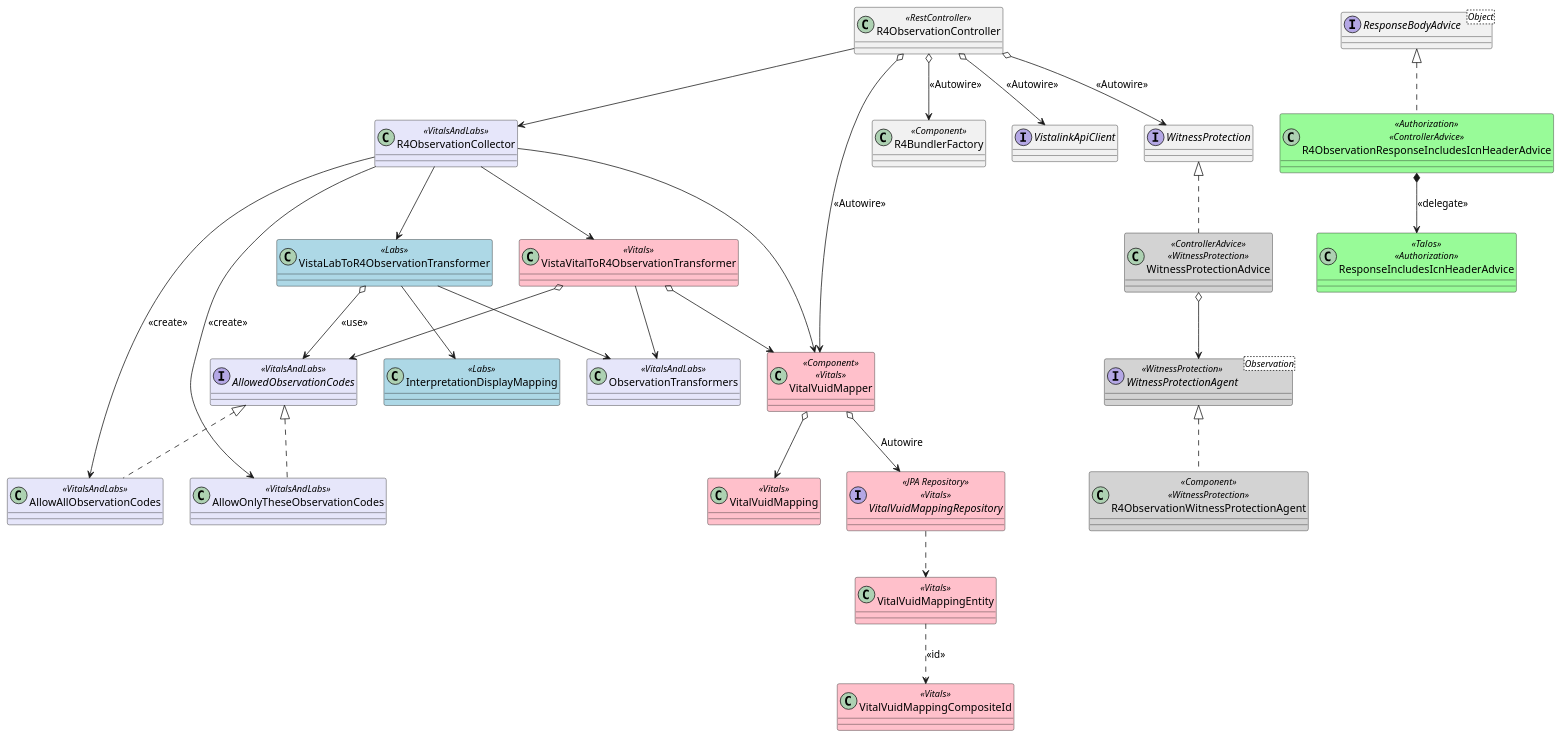
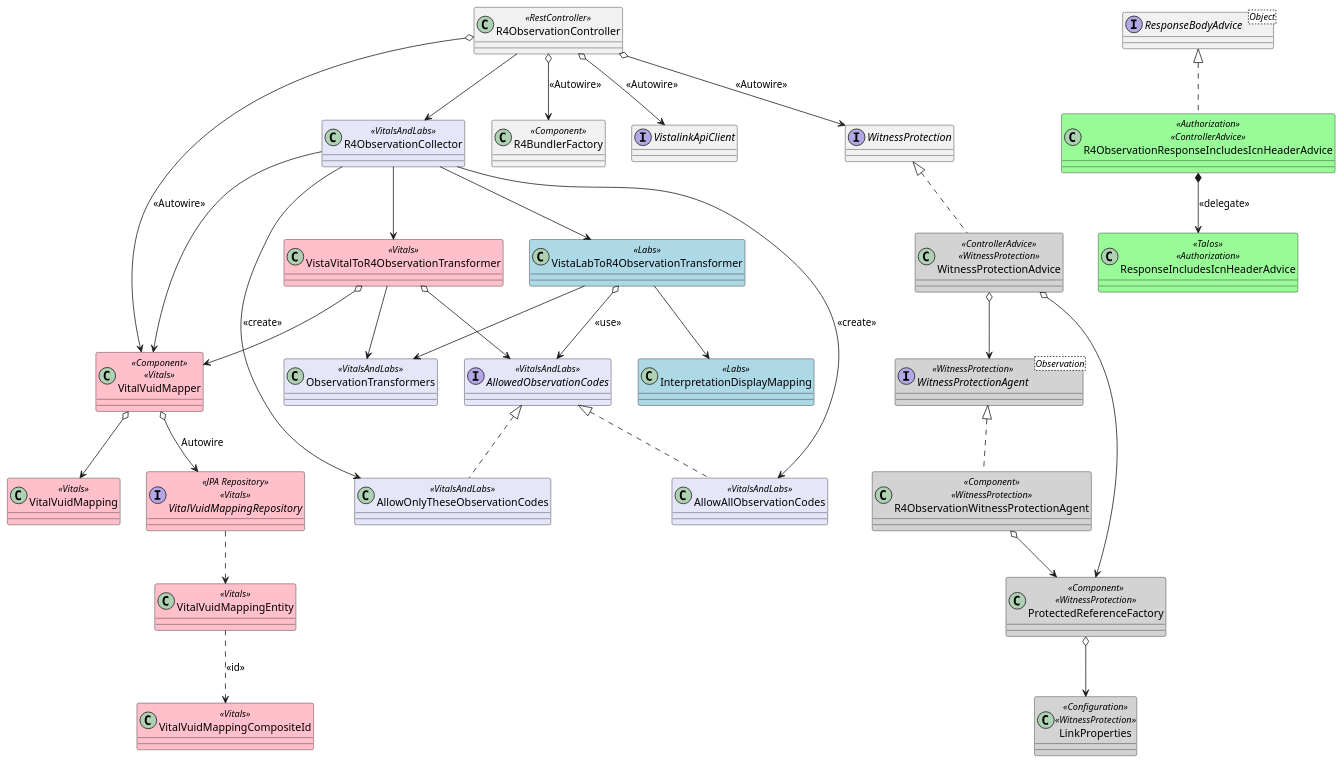
One commit to tnguyen-va/health-apis-vista-fhir-query changed the diagram in vista-fhir-query/src/plantuml/observation-components.puml. Above: the diagram before and after it, drawn with PlantUML. The commit also changed 8 other files, not shown here.

```diff
--- a/vista-fhir-query/src/plantuml/observation-components.puml
+++ b/vista-fhir-query/src/plantuml/observation-components.puml
@@ -1,71 +1,77 @@
 @startuml
 
 skinparam {
   ClassBackgroundColor<<Vitals>> pink
   ClassBackgroundColor<<Labs>> lightblue
   ClassBackgroundColor<<VitalsAndLabs>> lavender
   ClassBackgroundColor<<Authorization>> palegreen
   ClassBackgroundColor<<WitnessProtection>> lightgray
 }
 
 interface AllowedObservationCodes <<VitalsAndLabs>>
 class AllowAllObservationCodes <<VitalsAndLabs>> implements AllowedObservationCodes
 class AllowOnlyTheseObservationCodes <<VitalsAndLabs>> implements AllowedObservationCodes
 
 class InterpretationDisplayMapping <<Labs>>
 class ObservationTransformers <<VitalsAndLabs>>
 class R4ObservationCollector <<VitalsAndLabs>>
 class R4ObservationController <<RestController>>
 
 interface ResponseBodyAdvice<Object>
 class R4ObservationResponseIncludesIcnHeaderAdvice <<Authorization>> <<ControllerAdvice>> implements ResponseBodyAdvice
 class ResponseIncludesIcnHeaderAdvice <<Talos>> <<Authorization>>
 
 interface  WitnessProtectionAgent<Observation> <<WitnessProtection>>
 class R4ObservationWitnessProtectionAgent <<Component>> <<WitnessProtection>> implements WitnessProtectionAgent
+R4ObservationWitnessProtectionAgent o--> ProtectedReferenceFactory
 
 class VistaLabToR4ObservationTransformer <<Labs>>
 class VistaVitalToR4ObservationTransformer <<Vitals>>
 
 class VitalVuidMapper <<Component>> <<Vitals>>
 class VitalVuidMapping <<Vitals>>
 class VitalVuidMappingCompositeId <<Vitals>>
 class VitalVuidMappingEntity <<Vitals>>
 interface VitalVuidMappingRepository <<JPA Repository>> <<Vitals>>
 
 class R4BundlerFactory <<Component>>
 interface VistalinkApiClient
 interface WitnessProtection
 class WitnessProtectionAdvice <<ControllerAdvice>> <<WitnessProtection>> implements WitnessProtection
+class ProtectedReferenceFactory <<Component>> <<WitnessProtection>>
+class LinkProperties <<Configuration>> <<WitnessProtection>>
+
 R4ObservationController o--> R4BundlerFactory : <<Autowire>>
 R4ObservationController o--> VistalinkApiClient : <<Autowire>>
 R4ObservationController o--> VitalVuidMapper : <<Autowire>>
 R4ObservationController o--> WitnessProtection : <<Autowire>>
 R4ObservationController --> R4ObservationCollector
 
 WitnessProtectionAdvice o--> WitnessProtectionAgent
+WitnessProtectionAdvice o--> ProtectedReferenceFactory
+ProtectedReferenceFactory o--> LinkProperties
 
 R4ObservationCollector --> VistaLabToR4ObservationTransformer
 R4ObservationCollector --> VistaVitalToR4ObservationTransformer
 R4ObservationCollector --> VitalVuidMapper
 R4ObservationCollector --> AllowAllObservationCodes : <<create>>
 R4ObservationCollector --> AllowOnlyTheseObservationCodes : <<create>>
 
 
 R4ObservationResponseIncludesIcnHeaderAdvice *--> ResponseIncludesIcnHeaderAdvice : <<delegate>>
 
 VitalVuidMappingEntity ..> VitalVuidMappingCompositeId : <<id>>
 VitalVuidMappingRepository ..> VitalVuidMappingEntity
 VitalVuidMapper o--> VitalVuidMapping
 VitalVuidMapper o--> VitalVuidMappingRepository : Autowire
 
 VistaVitalToR4ObservationTransformer o--> VitalVuidMapper
 VistaVitalToR4ObservationTransformer o--> AllowedObservationCodes
 VistaVitalToR4ObservationTransformer --> ObservationTransformers
 
 VistaLabToR4ObservationTransformer o--> AllowedObservationCodes : <<use>>
 VistaLabToR4ObservationTransformer --> InterpretationDisplayMapping
 VistaLabToR4ObservationTransformer --> ObservationTransformers
 
 
 @enduml
```
